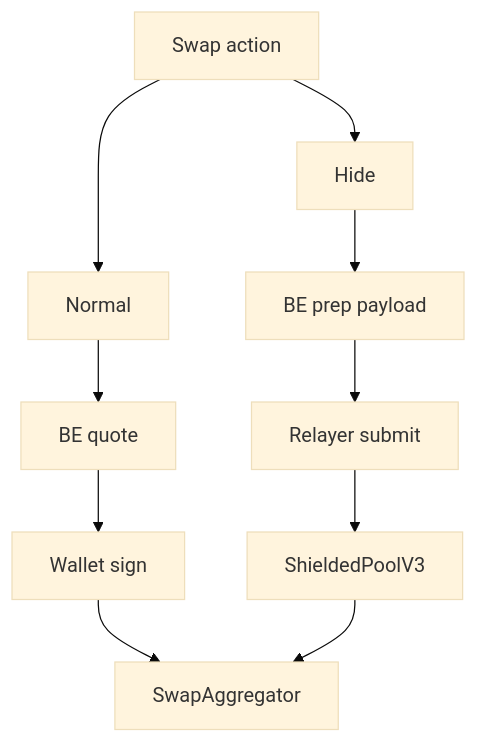
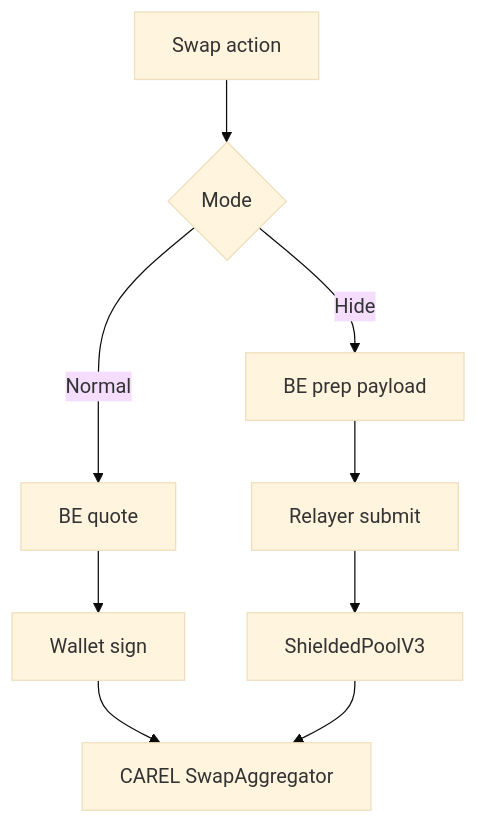
One commit to ntfound-dev/zkcarel_protocol changed the third of 6 diagrams in README.md. Above: the diagram before and after it, drawn with Mermaid (base theme). The commit also changed other lines of this file and 1 other file, not shown here.

Commit message:
docs: clarify flow diagram contract naming

````diff
--- a/README.md
+++ b/README.md
@@ -171,13 +175,12 @@
 ```mermaid
 flowchart TD
-  A[Swap action] --> N1[Normal]
-  N1 --> N2[BE quote]
-  N2 --> N3[Wallet sign]
-  N3 --> SWAP[SwapAggregator]
+  A[Swap action] --> B{Mode}
+  B -->|Normal| N1[BE quote]
+  N1 --> N2[Wallet sign]
+  N2 --> SWAP[CAREL SwapAggregator]
 
-  A --> H1[Hide]
-  H1 --> H2[BE prep payload]
-  H2 --> H3[Relayer submit]
-  H3 --> H4[ShieldedPoolV3]
-  H4 --> SWAP
+  B -->|Hide| H1[BE prep payload]
+  H1 --> H2[Relayer submit]
+  H2 --> H3[ShieldedPoolV3]
+  H3 --> SWAP
 ```
````
